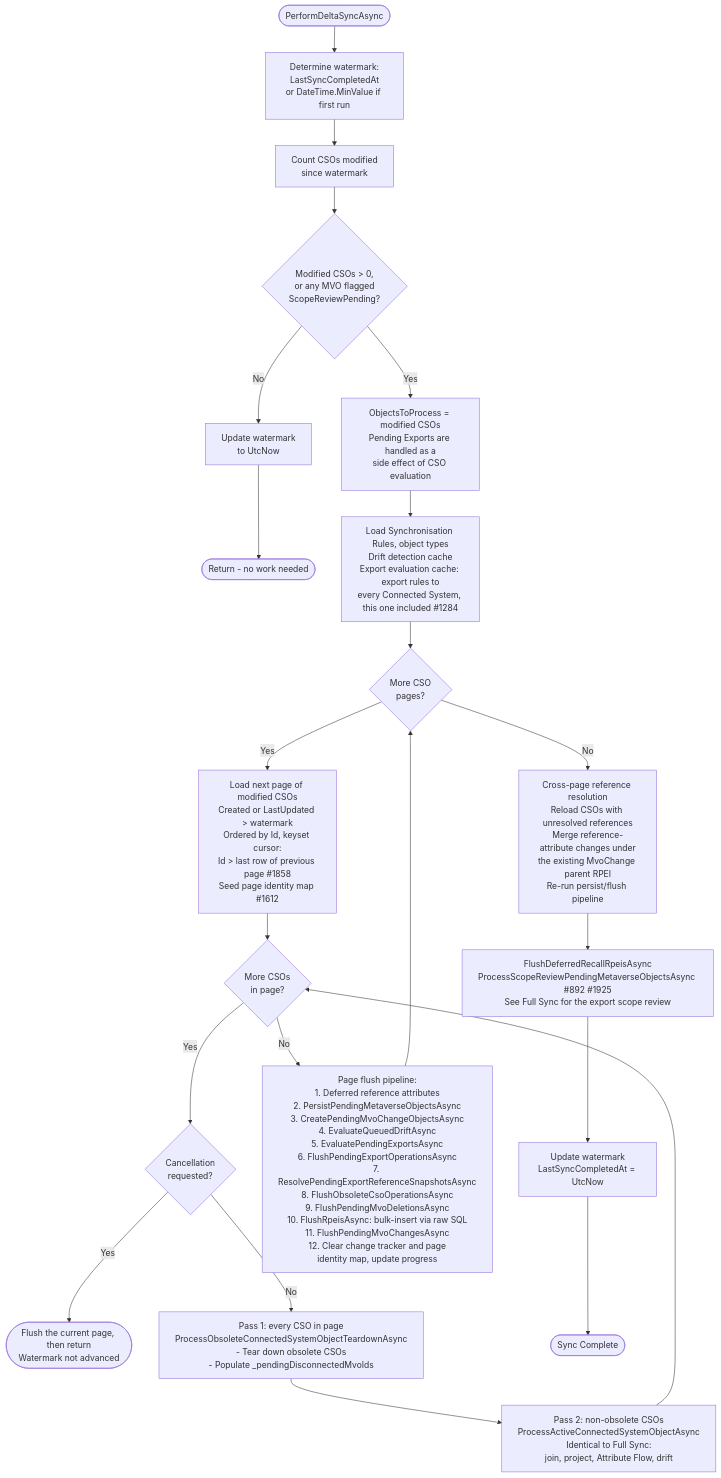
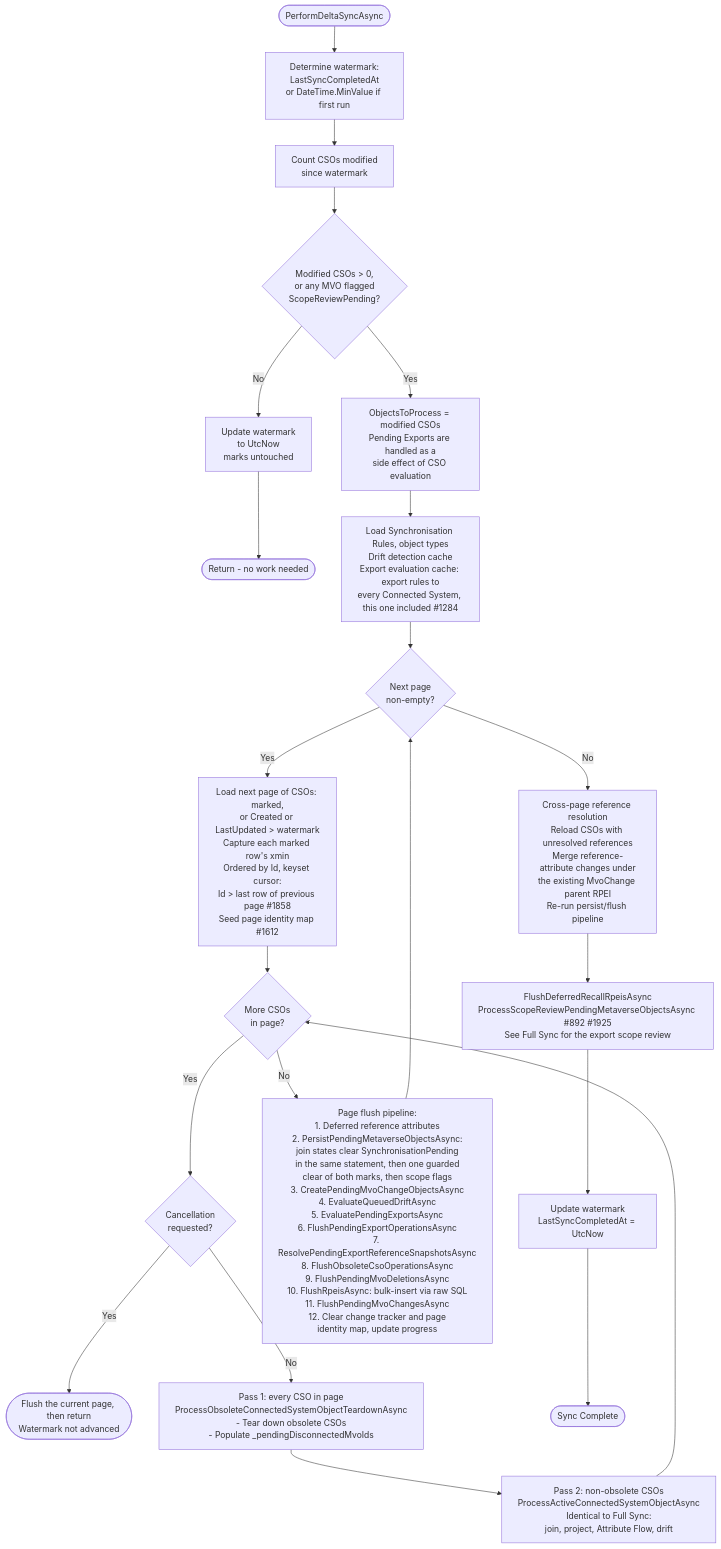
One commit to TetronIO/JIM changed the first of 2 diagrams in engineering/developer/diagrams/DELTA_SYNC_FLOW.md. Above: the diagram before and after it, drawn with Mermaid. The commit also changed other lines of this file and 43 other files, not shown here.

````diff
--- a/engineering/developer/diagrams/DELTA_SYNC_FLOW.md
+++ b/engineering/developer/diagrams/DELTA_SYNC_FLOW.md
@@ -23,32 +23,32 @@
 ```mermaid
 flowchart TD
     Start([PerformDeltaSyncAsync]) --> Watermark[Determine watermark:<br/>LastSyncCompletedAt<br/>or DateTime.MinValue if first run]
 
     Watermark --> CountModified[Count CSOs modified<br/>since watermark]
     CountModified --> HasChanges{Modified CSOs > 0,<br/>or any MVO flagged<br/>ScopeReviewPending?}
 
-    HasChanges -->|No| EarlyWatermark[Update watermark<br/>to UtcNow]
+    HasChanges -->|No| EarlyWatermark[Update watermark<br/>to UtcNow<br/>marks untouched]
     EarlyWatermark --> EarlyDone([Return - no work needed])
 
     HasChanges -->|Yes| CountPE[ObjectsToProcess = modified CSOs<br/>Pending Exports are handled as a<br/>side effect of CSO evaluation]
     CountPE --> LoadCaches[Load Synchronisation Rules, object types<br/>Drift detection cache<br/>Export evaluation cache: export rules to<br/>every Connected System, this one included #1284]
 
-    LoadCaches --> PageLoop{More CSO<br/>pages?}
+    LoadCaches --> PageLoop{Next page<br/>non-empty?}
 
-    PageLoop -->|Yes| LoadPage[Load next page of modified CSOs<br/>Created or LastUpdated > watermark<br/>Ordered by Id, keyset cursor:<br/>Id > last row of previous page #1858<br/>Seed page identity map #1612]
+    PageLoop -->|Yes| LoadPage[Load next page of CSOs: marked,<br/>or Created or LastUpdated > watermark<br/>Capture each marked row's xmin<br/>Ordered by Id, keyset cursor:<br/>Id > last row of previous page #1858<br/>Seed page identity map #1612]
     LoadPage --> CsoLoop{More CSOs<br/>in page?}
 
     CsoLoop -->|Yes| CheckCancel{Cancellation<br/>requested?}
     CheckCancel -->|Yes| Return([Flush the current page, then return<br/>Watermark not advanced])
     CheckCancel -->|No| Pass1[Pass 1: every CSO in page<br/>ProcessObsoleteConnectedSystemObjectTeardownAsync<br/>- Tear down obsolete CSOs<br/>- Populate _pendingDisconnectedMvoIds]
     Pass1 --> Pass2[Pass 2: non-obsolete CSOs<br/>ProcessActiveConnectedSystemObjectAsync<br/>Identical to Full Sync:<br/>join, project, Attribute Flow, drift]
     Pass2 --> CsoLoop
 
-    CsoLoop -->|No| PageFlush[Page flush pipeline:<br/>1. Deferred reference attributes<br/>2. PersistPendingMetaverseObjectsAsync<br/>3. CreatePendingMvoChangeObjectsAsync<br/>4. EvaluateQueuedDriftAsync<br/>5. EvaluatePendingExportsAsync<br/>6. FlushPendingExportOperationsAsync<br/>7. ResolvePendingExportReferenceSnapshotsAsync<br/>8. FlushObsoleteCsoOperationsAsync<br/>9. FlushPendingMvoDeletionsAsync<br/>10. FlushRpeisAsync: bulk-insert via raw SQL<br/>11. FlushPendingMvoChangesAsync<br/>12. Clear change tracker and page<br/>identity map, update progress]
+    CsoLoop -->|No| PageFlush[Page flush pipeline:<br/>1. Deferred reference attributes<br/>2. PersistPendingMetaverseObjectsAsync:<br/>join states clear SynchronisationPending<br/>in the same statement, then one guarded<br/>clear of both marks, then scope flags<br/>3. CreatePendingMvoChangeObjectsAsync<br/>4. EvaluateQueuedDriftAsync<br/>5. EvaluatePendingExportsAsync<br/>6. FlushPendingExportOperationsAsync<br/>7. ResolvePendingExportReferenceSnapshotsAsync<br/>8. FlushObsoleteCsoOperationsAsync<br/>9. FlushPendingMvoDeletionsAsync<br/>10. FlushRpeisAsync: bulk-insert via raw SQL<br/>11. FlushPendingMvoChangesAsync<br/>12. Clear change tracker and page<br/>identity map, update progress]
     PageFlush --> PageLoop
 
     PageLoop -->|No| CrossPage[Cross-page reference resolution<br/>Reload CSOs with unresolved references<br/>Merge reference-attribute changes under<br/>the existing MvoChange parent RPEI<br/>Re-run persist/flush pipeline]
     CrossPage --> PostPasses[FlushDeferredRecallRpeisAsync<br/>ProcessScopeReviewPendingMetaverseObjectsAsync #892 #1925<br/>See Full Sync for the export scope review]
     PostPasses --> UpdateWatermark[Update watermark<br/>LastSyncCompletedAt = UtcNow]
     UpdateWatermark --> Done([Sync Complete])
 ```
````
